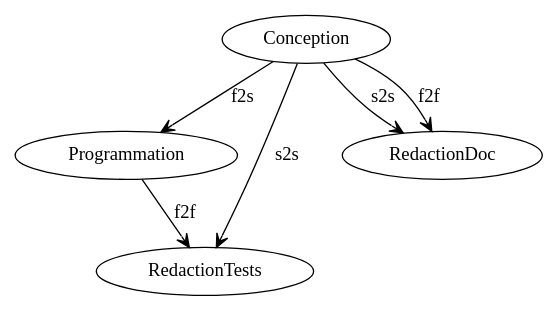
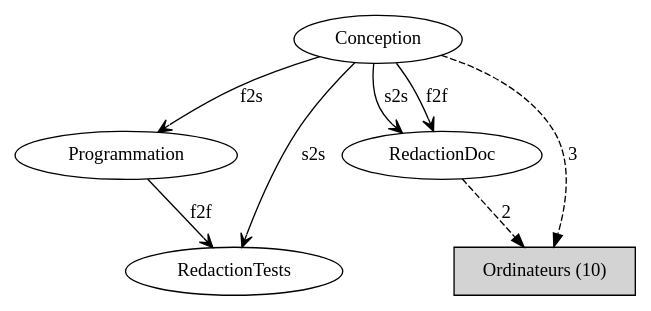
One commit to TristanGay27/projet_idm changed the diagram in eclipse_workspace/fr.n7.simplepdl.todot/model.dot. Above: the diagram before and after it, drawn with Graphviz. The commit also changed 864 other files, not shown here.

```diff
--- a/eclipse_workspace/fr.n7.simplepdl.todot/model.dot
+++ b/eclipse_workspace/fr.n7.simplepdl.todot/model.dot
@@ -1,7 +1,15 @@
 digraph model {
 		Conception -> Programmation [arrowhead=vee label=f2s] 
 		Conception -> RedactionTests [arrowhead=vee label=s2s] 
 		Programmation -> RedactionTests [arrowhead=vee label=f2f] 
 		Conception -> RedactionDoc [arrowhead=vee label=s2s] 
 		Conception -> RedactionDoc [arrowhead=vee label=f2f] 
+
+
+  // Ressources
+    Ordinateurs [shape=box, style=filled, fillcolor=lightgray, label="Ordinateurs (10)"]
+
+  // RessourcesAllouees
+      RedactionDoc -> Ordinateurs [style=dashed, label="2"]
+      Conception -> Ordinateurs [style=dashed, label="3"]
 }
```
